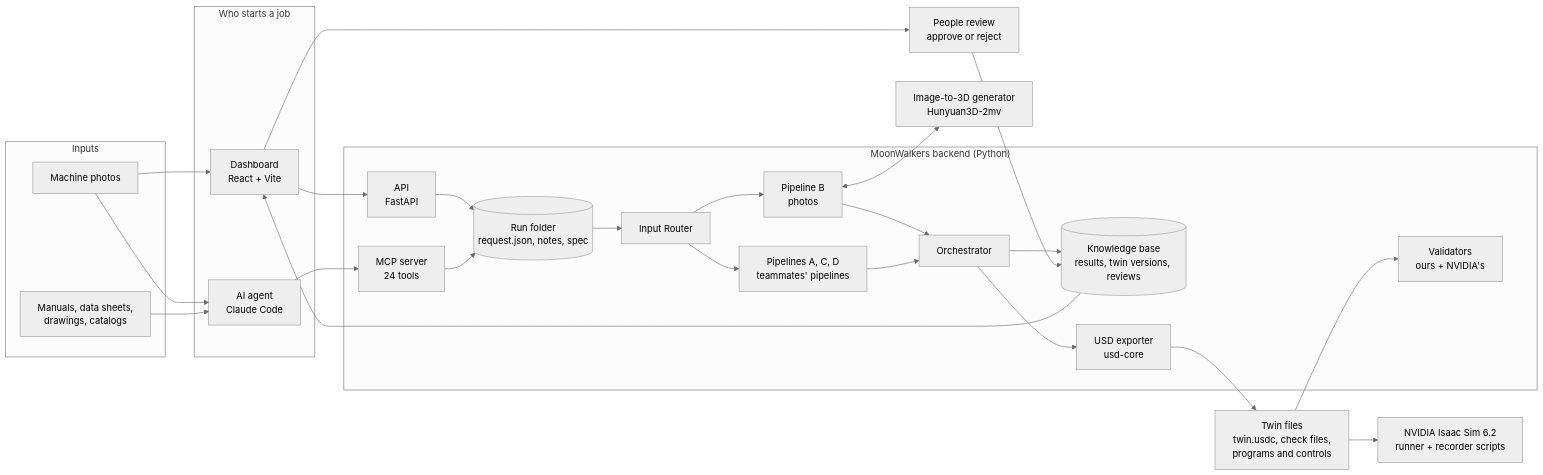
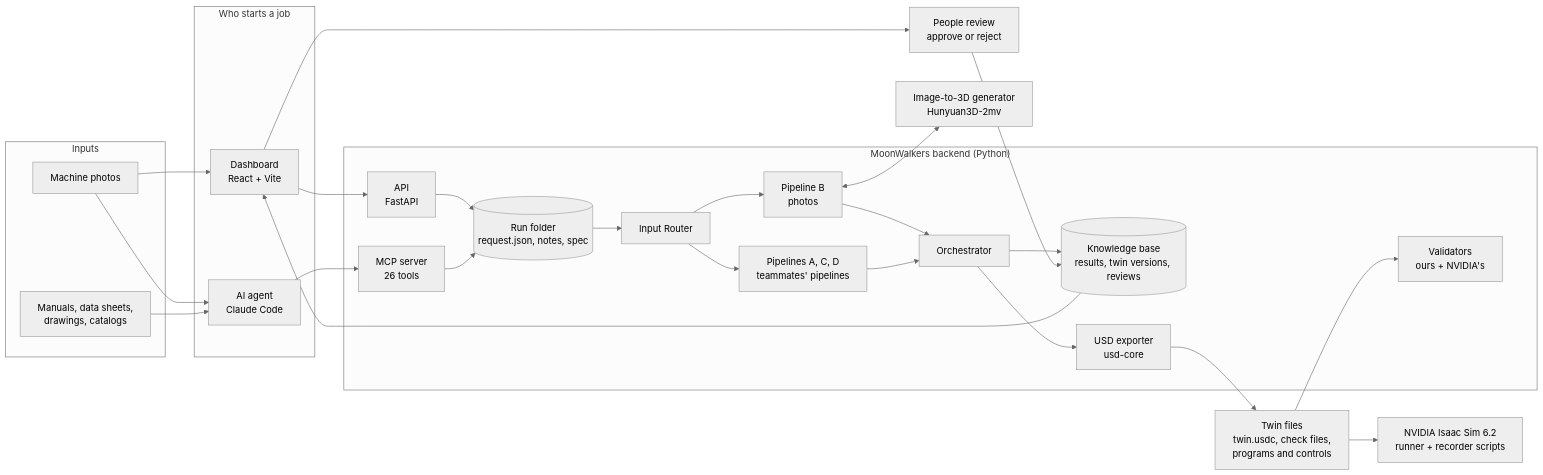
One commit to DanSweet734/MoonWalkers---Multimodal-Digital-Twin-Generator changed the first of 8 diagrams in docs/how-a-twin-is-built.md. Above: the diagram before and after it, drawn with Mermaid (neutral theme). The commit also changed other lines of this file and 24 other files, not shown here.

````diff
--- a/docs/how-a-twin-is-built.md
+++ b/docs/how-a-twin-is-built.md
@@ -13,45 +13,45 @@
 ```mermaid
 flowchart LR
     subgraph IN["Inputs"]
         P["Machine photos"]
         D["Manuals, data sheets,<br/>drawings, catalogs"]
     end
     subgraph START["Who starts a job"]
         DASH["Dashboard<br/>React + Vite"]
         AG["AI agent<br/>Claude Code"]
     end
     subgraph PLATFORM["MoonWalkers backend (Python)"]
         API["API<br/>FastAPI"]
-        MCP["MCP server<br/>24 tools"]
+        MCP["MCP server<br/>26 tools"]
         RUN[("Run folder<br/>request.json, notes, spec")]
         ROUTER["Input Router"]
         PB["Pipeline B<br/>photos"]
         PACD["Pipelines A, C, D<br/>teammates' pipelines"]
         ORCH["Orchestrator"]
         KB[("Knowledge base<br/>results, twin versions, reviews")]
         EXP["USD exporter<br/>usd-core"]
         VAL["Validators<br/>ours + NVIDIA's"]
     end
     GEN["Image-to-3D generator<br/>Hunyuan3D-2mv"]
     OUT["Twin files<br/>twin.usdc, check files,<br/>programs and controls"]
     SIM["NVIDIA Isaac Sim 6.2<br/>runner + recorder scripts"]
     REV["People review<br/>approve or reject"]
 
     P --> DASH
     P --> AG
     D --> AG
     DASH --> API --> RUN
     AG --> MCP --> RUN
     RUN --> ROUTER
     ROUTER --> PB
     ROUTER --> PACD
     PB <--> GEN
     PB --> ORCH
     PACD --> ORCH
     ORCH --> KB
     ORCH --> EXP --> OUT
     OUT --> VAL
     OUT --> SIM
     KB --> DASH
     DASH --> REV --> KB
 ```
````
